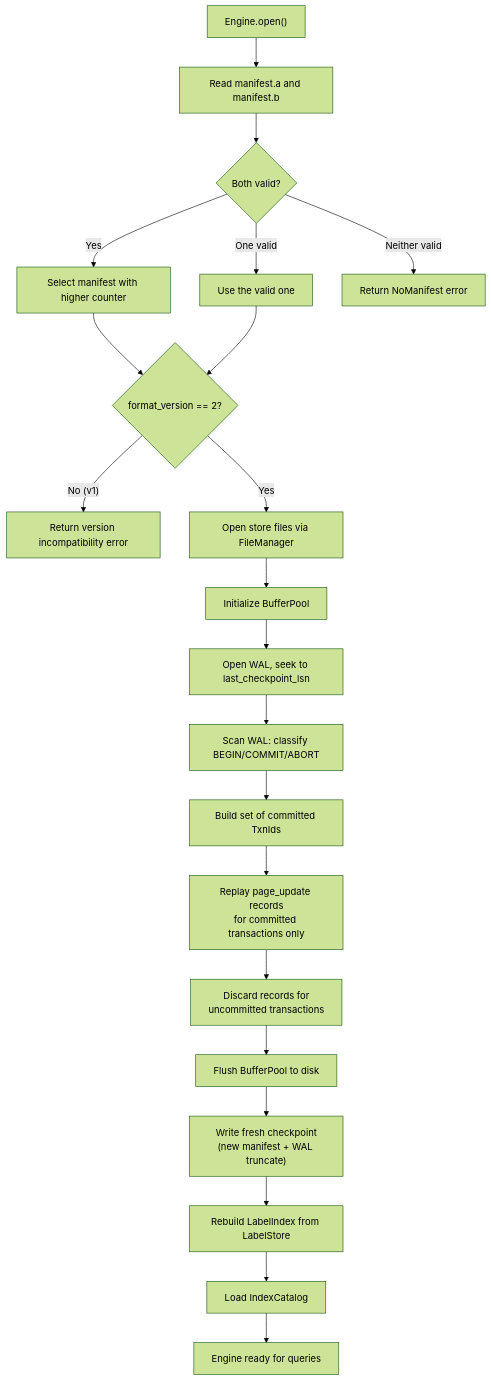
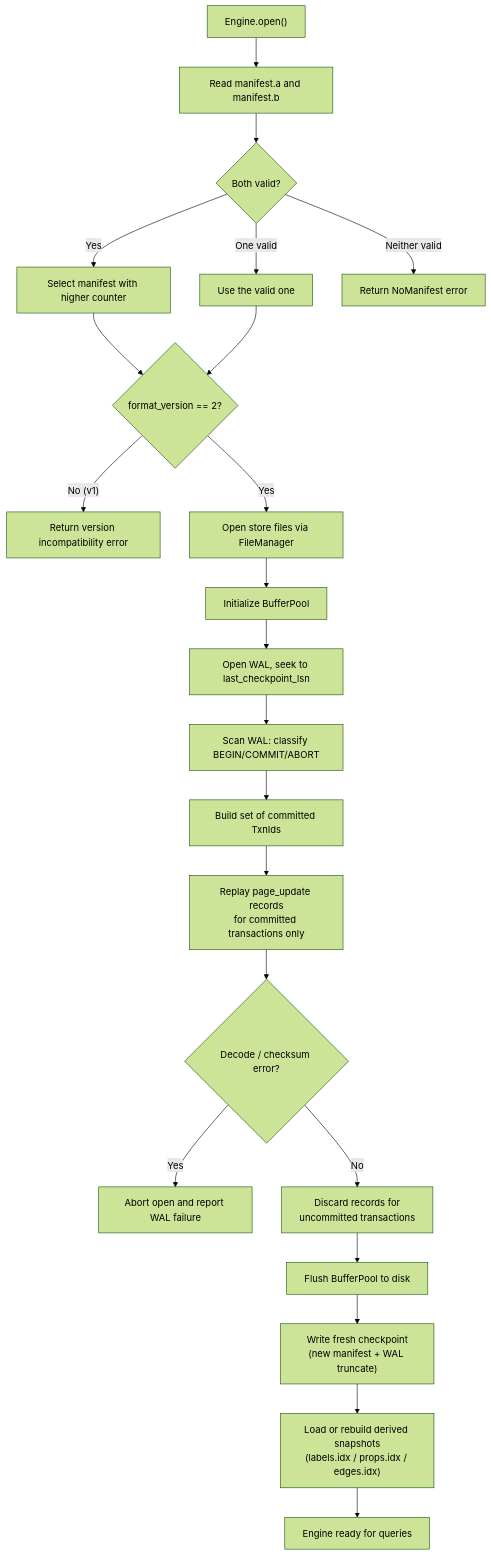
The fifth of 12 diagrams in docs/architecture.md (geodedb/zig-graph-storage), drawn with Mermaid (forest theme) before and after one commit. The commit also changed other lines of this file and 42 other files, not shown here.

````diff
--- a/docs/architecture.md
+++ b/docs/architecture.md
@@ -211,25 +210,26 @@
 ```mermaid
 flowchart TD
     A["Engine.open()"] --> B["Read manifest.a and manifest.b"]
     B --> C{"Both valid?"}
     C -->|"Yes"| D["Select manifest with higher counter"]
     C -->|"One valid"| D2["Use the valid one"]
     C -->|"Neither valid"| E["Return NoManifest error"]
 
     D --> F{"format_version == 2?"}
     D2 --> F
     F -->|"No (v1)"| G["Return version incompatibility error"]
     F -->|"Yes"| H["Open store files via FileManager"]
 
     H --> I["Initialize BufferPool"]
     I --> J["Open WAL, seek to last_checkpoint_lsn"]
     J --> K["Scan WAL: classify BEGIN/COMMIT/ABORT"]
     K --> L["Build set of committed TxnIds"]
     L --> M["Replay page_update records<br/>for committed transactions only"]
-    M --> N["Discard records for<br/>uncommitted transactions"]
-    N --> O["Flush BufferPool to disk"]
-    O --> P["Write fresh checkpoint<br/>(new manifest + WAL truncate)"]
-    P --> Q["Rebuild LabelIndex from LabelStore"]
-    Q --> R["Load IndexCatalog"]
+    M --> N{"Decode / checksum error?"}
+    N -->|"Yes"| X["Abort open and report WAL failure"]
+    N -->|"No"| O["Discard records for<br/>uncommitted transactions"]
+    O --> P["Flush BufferPool to disk"]
+    P --> Q["Write fresh checkpoint<br/>(new manifest + WAL truncate)"]
+    Q --> R["Load or rebuild derived snapshots<br/>(labels.idx / props.idx / edges.idx)"]
     R --> S["Engine ready for queries"]
 ```
````
